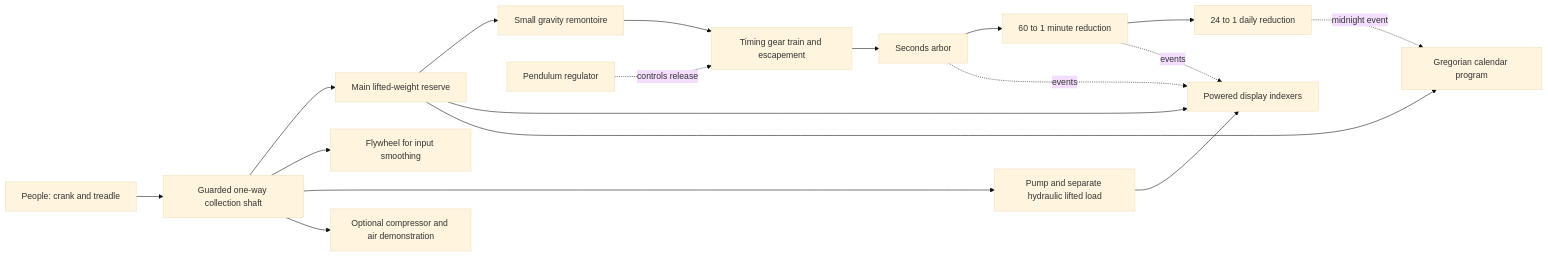
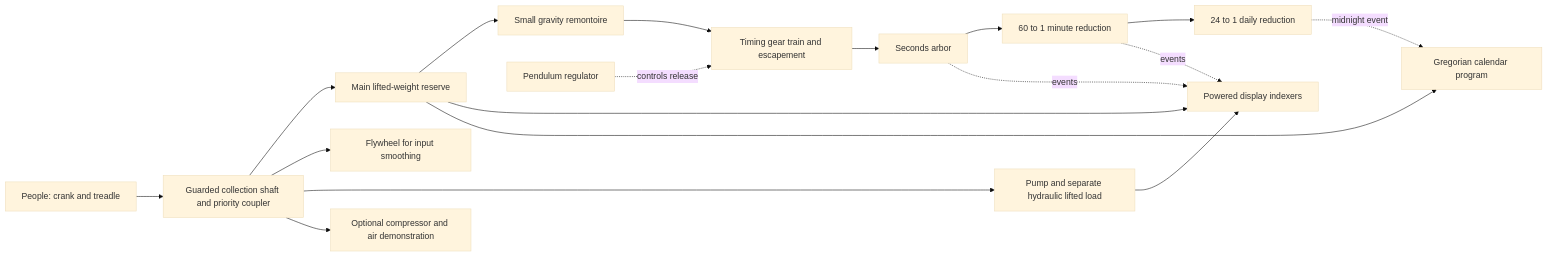
Before and after one commit to ilamgumaran/simpli-home-tools: the diagram in tools/little-orbit/design/engineering/MECHANISM.md, drawn with Mermaid (base theme). The commit also changed other lines of this file and 5 other files, not shown here.

````diff
--- a/tools/little-orbit/design/engineering/MECHANISM.md
+++ b/tools/little-orbit/design/engineering/MECHANISM.md
@@ -8,20 +8,20 @@
 ```mermaid
 flowchart LR
-  P[People: crank and treadle] --> C[Guarded one-way collection shaft]
+  P[People: crank and treadle] --> C[Guarded collection shaft and priority coupler]
   C --> W[Main lifted-weight reserve]
   W --> R[Small gravity remontoire]
   R --> T[Timing gear train and escapement]
   O[Pendulum regulator] -. controls release .-> T
   T --> S[Seconds arbor]
   S --> M[60 to 1 minute reduction]
   M --> H[24 to 1 daily reduction]
   S -. events .-> I[Powered display indexers]
   M -. events .-> I
   H -. midnight event .-> K[Gregorian calendar program]
   W --> I
   W --> K
   C --> F[Flywheel for input smoothing]
   C --> Y[Pump and separate hydraulic lifted load]
   Y --> I
   C --> A[Optional compressor and air demonstration]
 ```
````
